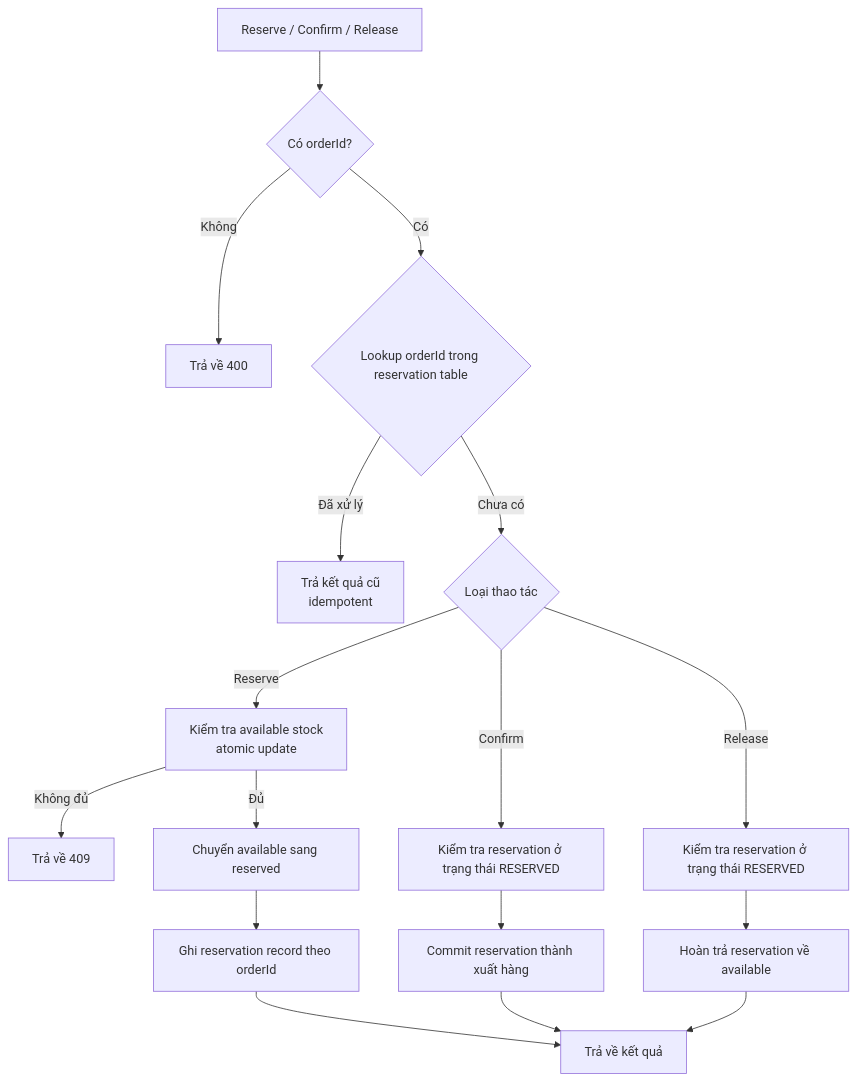
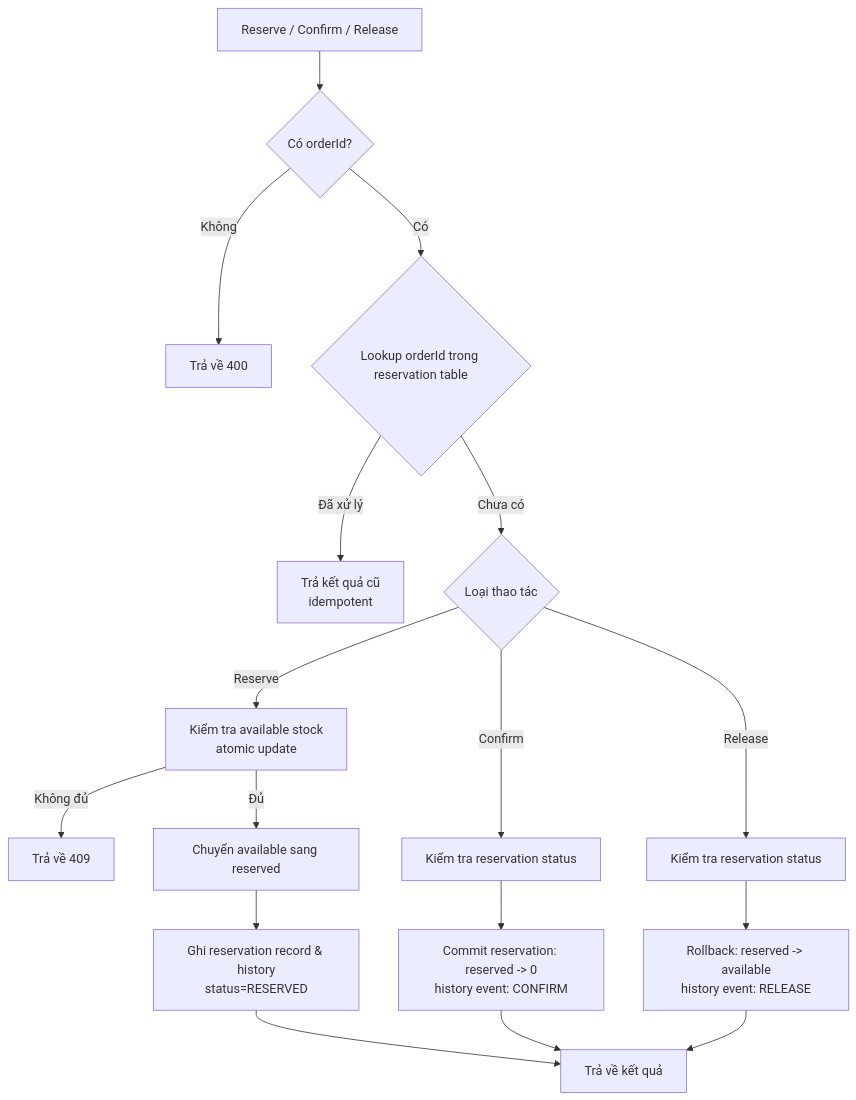
One commit to baosatboiz/asd changed the sixth of 7 diagrams in analysis-and-design-ddd.md. Above: the diagram before and after it, drawn with Mermaid. The commit also changed other lines of this file, not shown here.

````diff
--- a/analysis-and-design-ddd.md
+++ b/analysis-and-design-ddd.md
@@ -311,23 +309,23 @@
 ```mermaid
 flowchart TD
     A[Reserve / Confirm / Release] --> B{Có orderId?}
     B -->|Không| C[Trả về 400]
     B -->|Có| D{Lookup orderId trong reservation table}
     D -->|Đã xử lý| E[Trả kết quả cũ<br/>idempotent]
     D -->|Chưa có| F{Loại thao tác}
 
     F -->|Reserve| G[Kiểm tra available stock<br/>atomic update]
     G -->|Không đủ| H[Trả về 409]
     G -->|Đủ| I[Chuyển available sang reserved]
-    I --> J[Ghi reservation record theo orderId]
+    I --> J[Ghi reservation record & history<br/>status=RESERVED]
 
-    F -->|Confirm| K[Kiểm tra reservation ở trạng thái RESERVED]
-    K --> L[Commit reservation thành xuất hàng]
+    F -->|Confirm| K[Kiểm tra reservation status]
+    K --> L[Commit reservation: reserved -> 0<br/>history event: CONFIRM]
 
-    F -->|Release| M[Kiểm tra reservation ở trạng thái RESERVED]
-    M --> N[Hoàn trả reservation về available]
+    F -->|Release| M[Kiểm tra reservation status]
+    M --> N[Rollback: reserved -> available<br/>history event: RELEASE]
 
     J --> O[Trả về kết quả]
     L --> O
     N --> O
 ```
````
